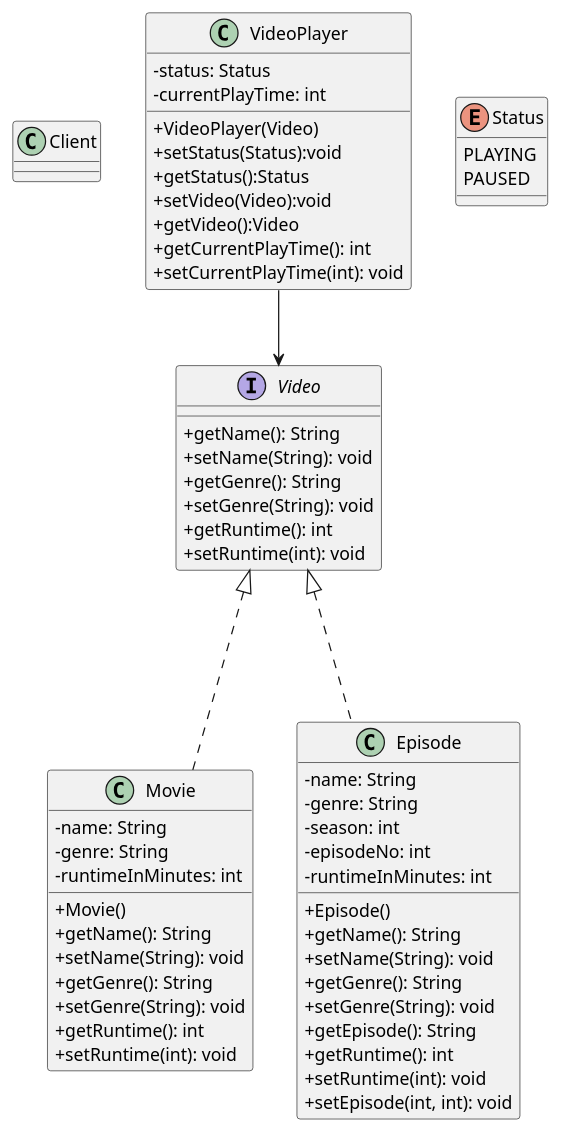
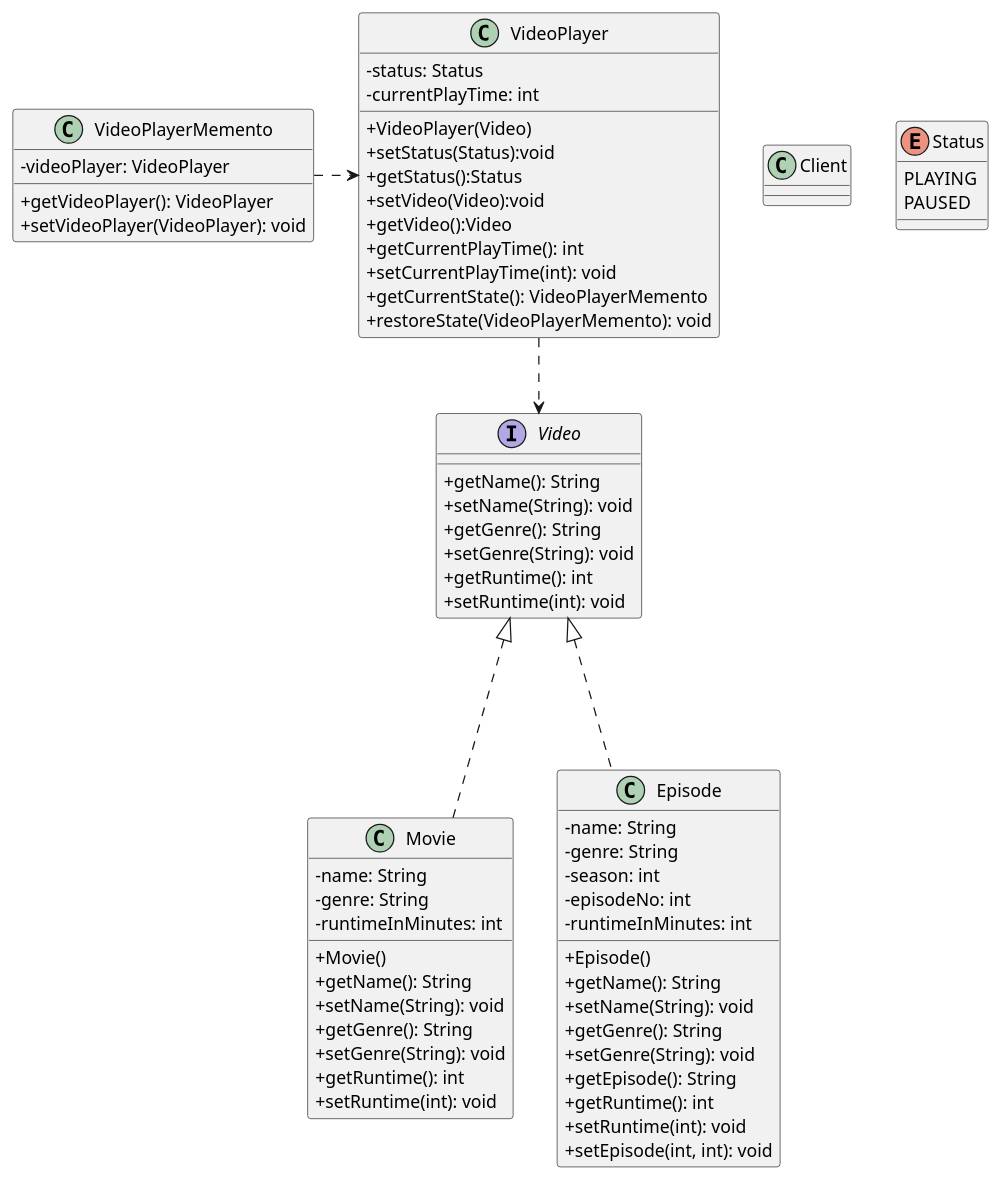
One commit to caitie80/SDPMemento changed the diagram in src/QuickFlix.puml. Above: the diagram before and after it, drawn with PlantUML. The commit also changed 3 other files, not shown here.

Commit message:
VideoPlayerMemento.java created and implemented in VideoPlayer.java. Demonstrated in Client.main

```diff
--- a/src/QuickFlix.puml
+++ b/src/QuickFlix.puml
@@ -1,71 +1,81 @@
 @startuml
 skinparam classAttributeIconSize 0
 
 class Client
 
 
 interface Video {
 +getName(): String
 +setName(String): void
 +getGenre(): String
 +setGenre(String): void
 +getRuntime(): int
 +setRuntime(int): void
 }
 
 class Movie {
 -name: String
 -genre: String
 -runtimeInMinutes: int
 
 +Movie()
 +getName(): String
 +setName(String): void
 +getGenre(): String
 +setGenre(String): void
 +getRuntime(): int
 +setRuntime(int): void
 }
 
 class Episode {
 -name: String
 -genre: String
 -season: int
 -episodeNo: int
 -runtimeInMinutes: int
 
 +Episode()
 +getName(): String
 +setName(String): void
 +getGenre(): String
 +setGenre(String): void
 +getEpisode(): String
 +getRuntime(): int
 +setRuntime(int): void
 +setEpisode(int, int): void
 }
 
 class VideoPlayer {
 -status: Status
 -currentPlayTime: int
 
 +VideoPlayer(Video)
 +setStatus(Status):void
 +getStatus():Status
 +setVideo(Video):void
 +getVideo():Video
 +getCurrentPlayTime(): int
 +setCurrentPlayTime(int): void
++getCurrentState(): VideoPlayerMemento
++restoreState(VideoPlayerMemento): void
+}
+
+class VideoPlayerMemento {
+-videoPlayer: VideoPlayer
+
++getVideoPlayer(): VideoPlayer
++setVideoPlayer(VideoPlayer): void
 }
 
 Enum Status{
 PLAYING
 PAUSED
 }
 
 Video <|... Movie
 Video <|... Episode
 
-VideoPlayer --> Video
+VideoPlayer ..> Video
+VideoPlayerMemento .> VideoPlayer
 
 @enduml
```
